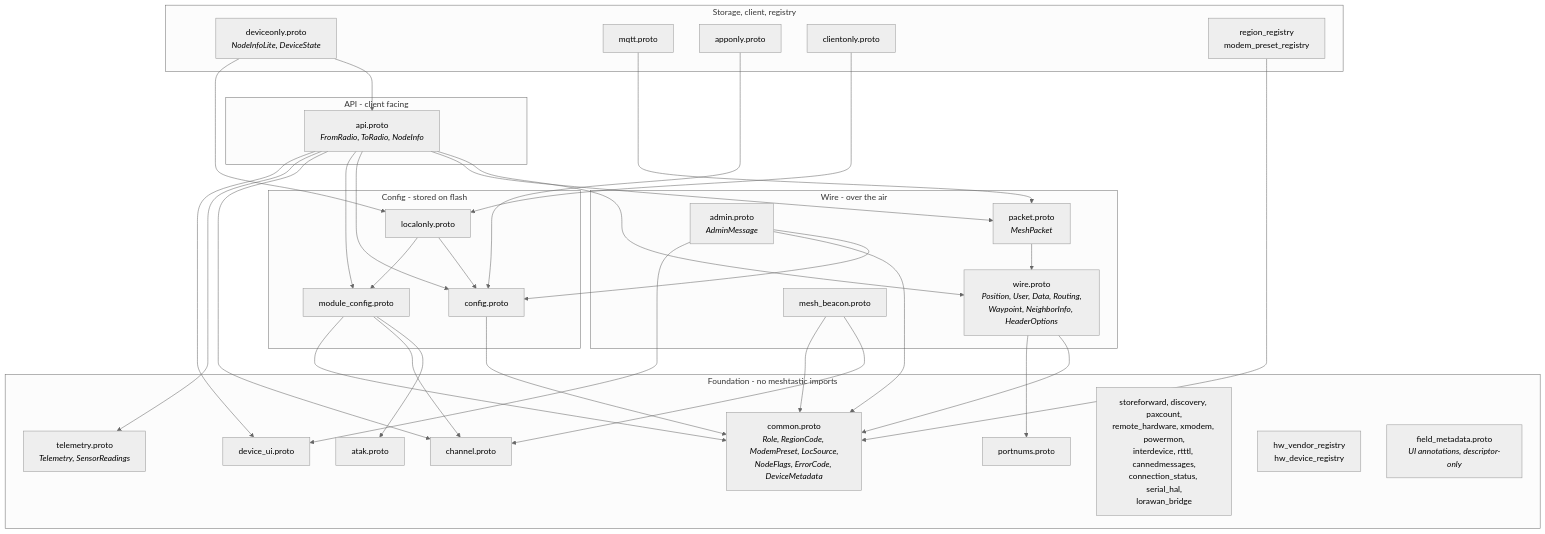
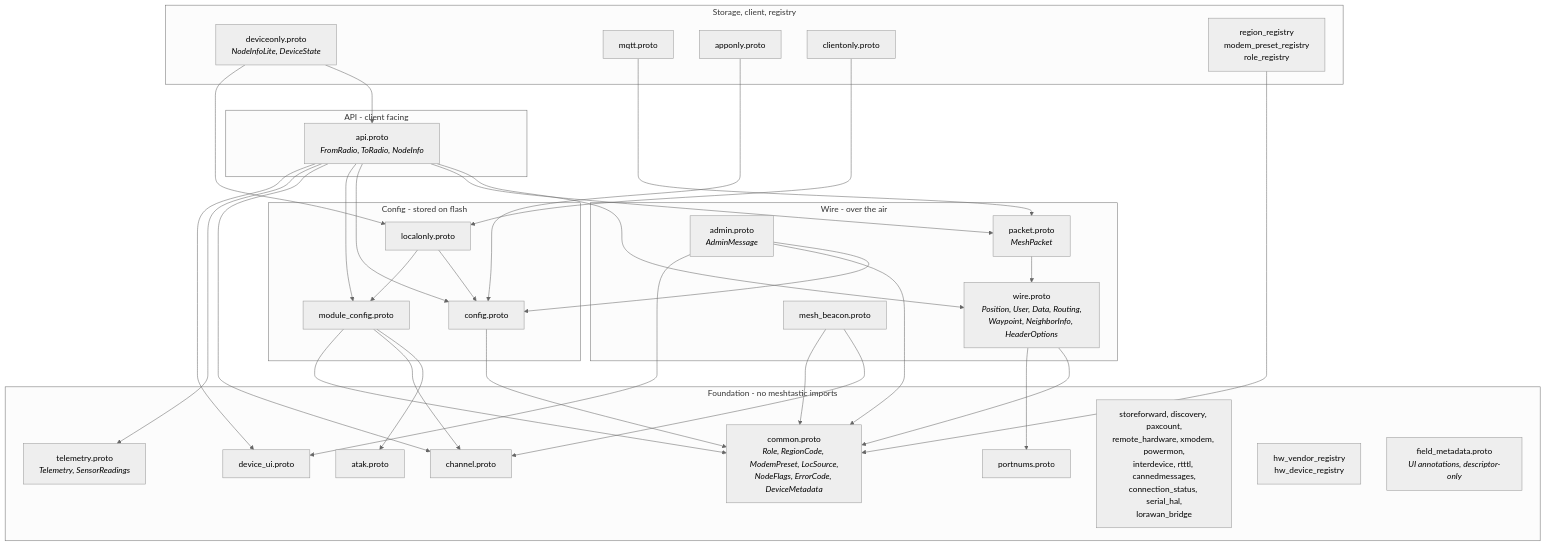
One commit to meshtastic/protobufs changed the diagram in SCHEMA.md. Above: the diagram before and after it, drawn with Mermaid (neutral theme). The commit also changed other lines of this file and 15 other files, not shown here.

First line of the commit message:
Four base roles, role switches and a role registry (#9942)

````diff
--- a/SCHEMA.md
+++ b/SCHEMA.md
@@ -15,67 +15,67 @@
 ```mermaid
 graph TD
     subgraph Foundation["Foundation - no meshtastic imports"]
         common[common.proto<br/><i>Role, RegionCode, ModemPreset, LocSource,<br/>NodeFlags, ErrorCode, DeviceMetadata</i>]
         portnums[portnums.proto]
         channel[channel.proto]
         telemetry[telemetry.proto<br/><i>Telemetry, SensorReadings</i>]
         deviceui[device_ui.proto]
         atak[atak.proto]
         modules[storeforward, discovery, paxcount,<br/>remote_hardware, xmodem, powermon,<br/>interdevice, rtttl, cannedmessages,<br/>connection_status, serial_hal,<br/>lorawan_bridge]
         registries[hw_vendor_registry<br/>hw_device_registry]
         fieldmeta[field_metadata.proto<br/><i>UI annotations, descriptor-only</i>]
     end
 
     subgraph Wire["Wire - over the air"]
         wire[wire.proto<br/><i>Position, User, Data, Routing,<br/>Waypoint, NeighborInfo, HeaderOptions</i>]
         packet[packet.proto<br/><i>MeshPacket</i>]
         beacon[mesh_beacon.proto]
         admin[admin.proto<br/><i>AdminMessage</i>]
     end
 
     subgraph Config["Config - stored on flash"]
         config[config.proto]
         moduleconfig[module_config.proto]
         localonly[localonly.proto]
     end
 
     subgraph Api["API - client facing"]
         api[api.proto<br/><i>FromRadio, ToRadio, NodeInfo</i>]
     end
 
     subgraph Other["Storage, client, registry"]
         deviceonly[deviceonly.proto<br/><i>NodeInfoLite, DeviceState</i>]
         mqtt[mqtt.proto]
         apponly[apponly.proto]
         clientonly[clientonly.proto]
-        regreg[region_registry<br/>modem_preset_registry]
+        regreg[region_registry<br/>modem_preset_registry<br/>role_registry]
     end
 
     wire --> common
     wire --> portnums
     packet --> wire
     beacon --> channel
     beacon --> common
     config --> common
     moduleconfig --> atak
     moduleconfig --> channel
     moduleconfig --> common
     localonly --> config
     localonly --> moduleconfig
     regreg --> common
     api --> wire
     api --> packet
     api --> config
     api --> moduleconfig
     api --> channel
     api --> telemetry
     api --> deviceui
     admin --> config
     admin --> common
     admin --> deviceui
     deviceonly --> api
     deviceonly --> localonly
     mqtt --> packet
     apponly --> config
     clientonly --> localonly
 ```
````
